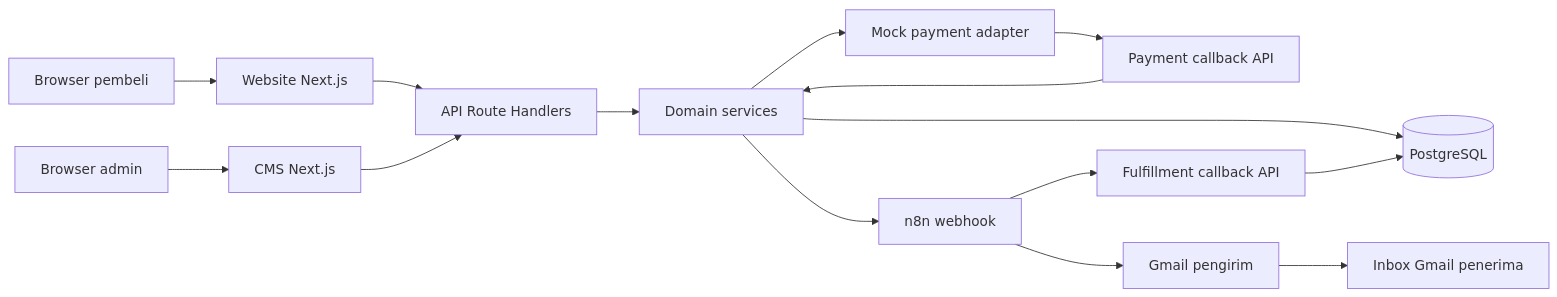
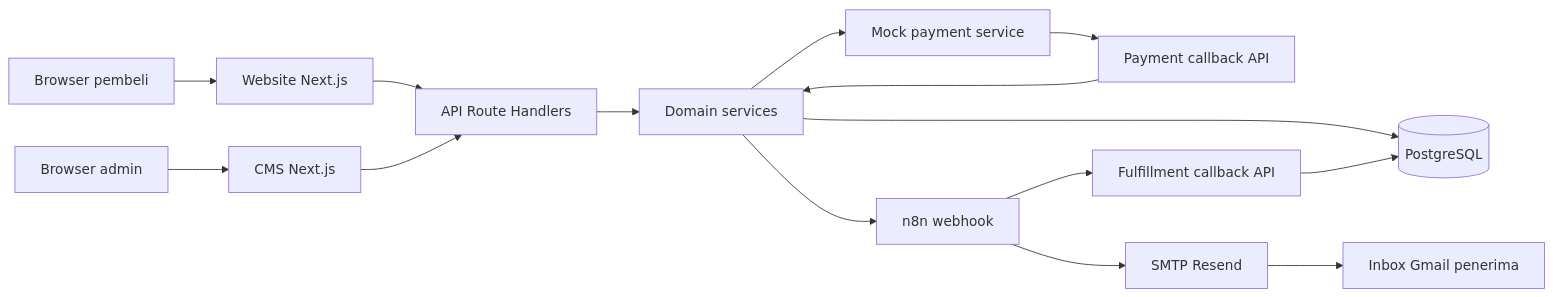
Before and after one commit to akhdanfarrosrenoldi/tripconnect-esim-demo: the first of 2 diagrams in docs/ITA.md, drawn with Mermaid. The commit also changed other lines of this file and 5 other files, not shown here.

````diff
--- a/docs/ITA.md
+++ b/docs/ITA.md
@@ -35,17 +35,17 @@
 ```mermaid
 flowchart LR
     B[Browser pembeli] --> W[Website Next.js]
     A[Browser admin] --> C[CMS Next.js]
     W --> API[API Route Handlers]
     C --> API
     API --> S[Domain services]
     S --> DB[(PostgreSQL)]
-    S --> P[Mock payment adapter]
+    S --> P[Mock payment service]
     P --> H[Payment callback API]
     H --> S
     S --> N[n8n webhook]
-    N --> G[Gmail pengirim]
+    N --> G[SMTP Resend]
     G --> I[Inbox Gmail penerima]
     N --> F[Fulfillment callback API]
     F --> DB
 ```
````
